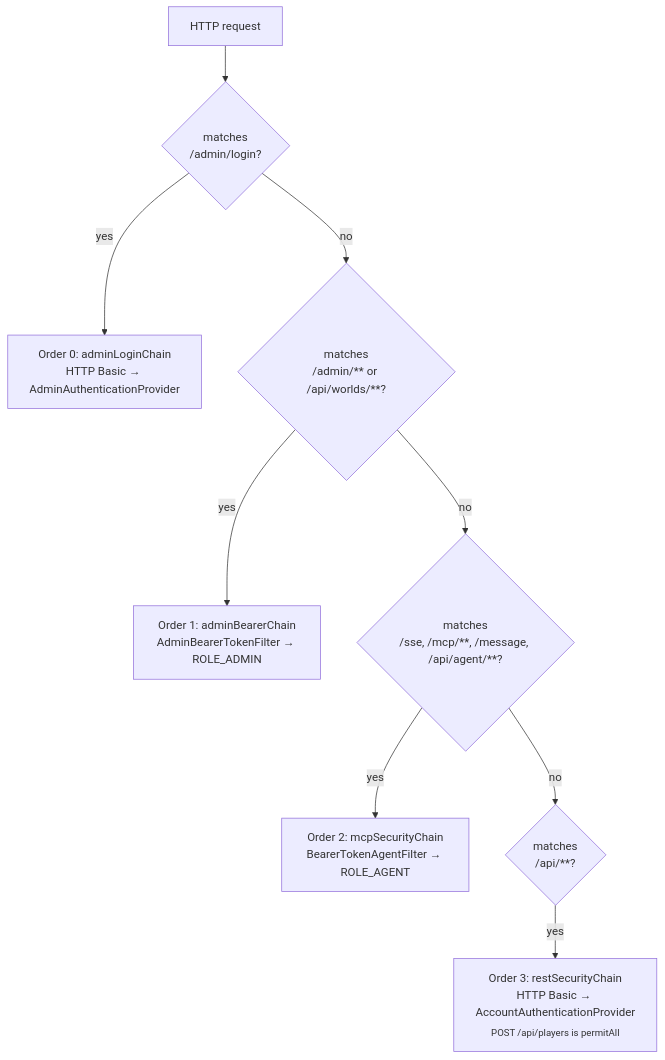
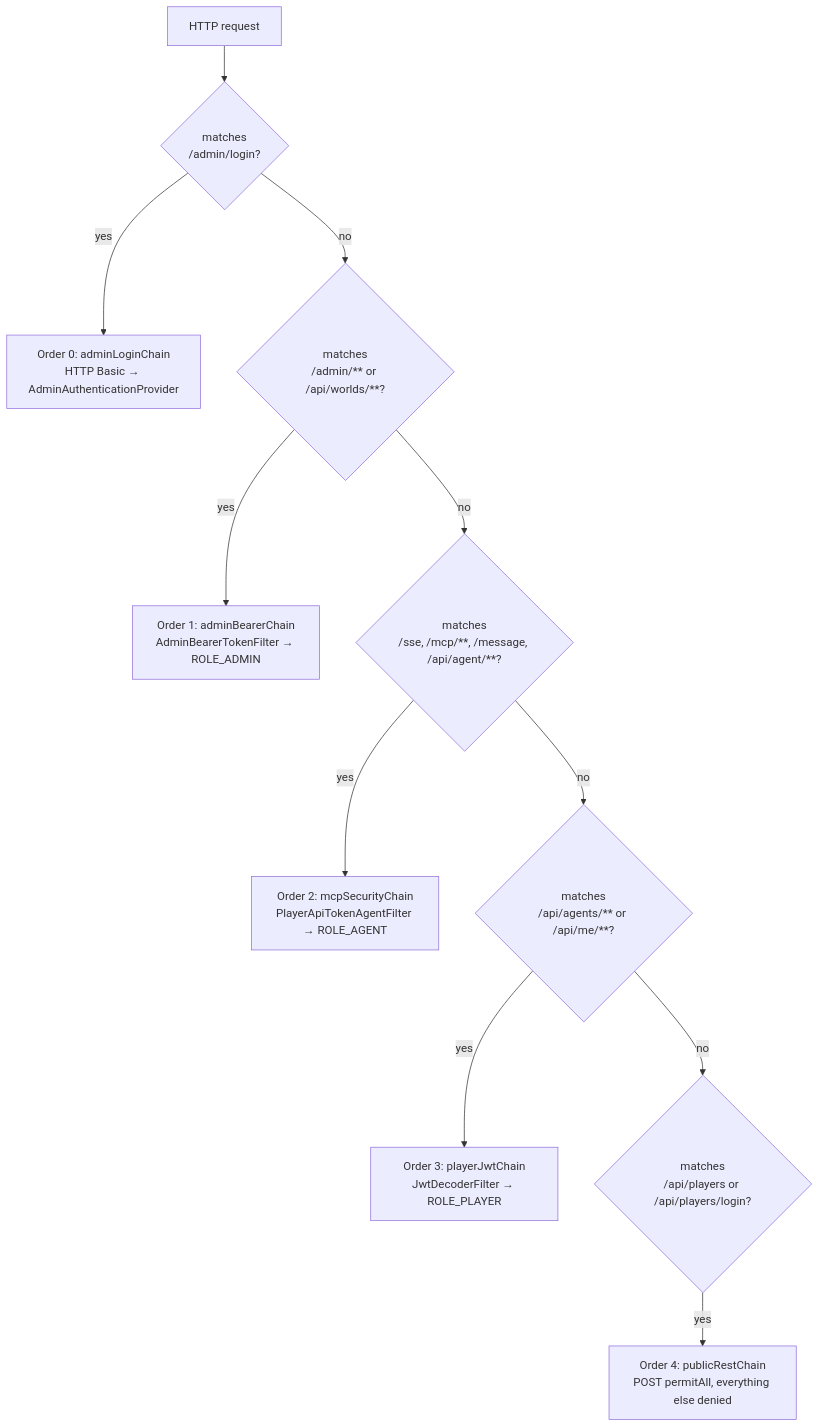
Before and after one commit to Genesara/genesara-engine: the first of 2 diagrams in docs/auth.md, drawn with Mermaid. The commit also changed other lines of this file and 43 other files, not shown here.

First line of the commit message:
feat(api): player JWT + player-level API token + X-Agent-Id MCP auth (#44)

````diff
--- a/docs/auth.md
+++ b/docs/auth.md
@@ -11,11 +13,13 @@
 ```mermaid
 graph TB
     Req[HTTP request] --> M0{matches<br/>/admin/login?}
     M0 -- yes --> C0["Order 0: adminLoginChain<br/>HTTP Basic → AdminAuthenticationProvider"]
     M0 -- no  --> M1{matches<br/>/admin/** or /api/worlds/**?}
     M1 -- yes --> C1["Order 1: adminBearerChain<br/>AdminBearerTokenFilter → ROLE_ADMIN"]
     M1 -- no  --> M2{matches<br/>/sse, /mcp/**, /message, /api/agent/**?}
-    M2 -- yes --> C2["Order 2: mcpSecurityChain<br/>BearerTokenAgentFilter → ROLE_AGENT"]
-    M2 -- no  --> M3{matches<br/>/api/**?}
-    M3 -- yes --> C3["Order 3: restSecurityChain<br/>HTTP Basic → AccountAuthenticationProvider<br/><sub>POST /api/players is permitAll</sub>"]
+    M2 -- yes --> C2["Order 2: mcpSecurityChain<br/>PlayerApiTokenAgentFilter → ROLE_AGENT"]
+    M2 -- no  --> M3{matches<br/>/api/agents/** or /api/me/**?}
+    M3 -- yes --> C3["Order 3: playerJwtChain<br/>JwtDecoderFilter → ROLE_PLAYER"]
+    M3 -- no  --> M4{matches<br/>/api/players or /api/players/login?}
+    M4 -- yes --> C4["Order 4: publicRestChain<br/>POST permitAll, everything else denied"]
 ```
````
